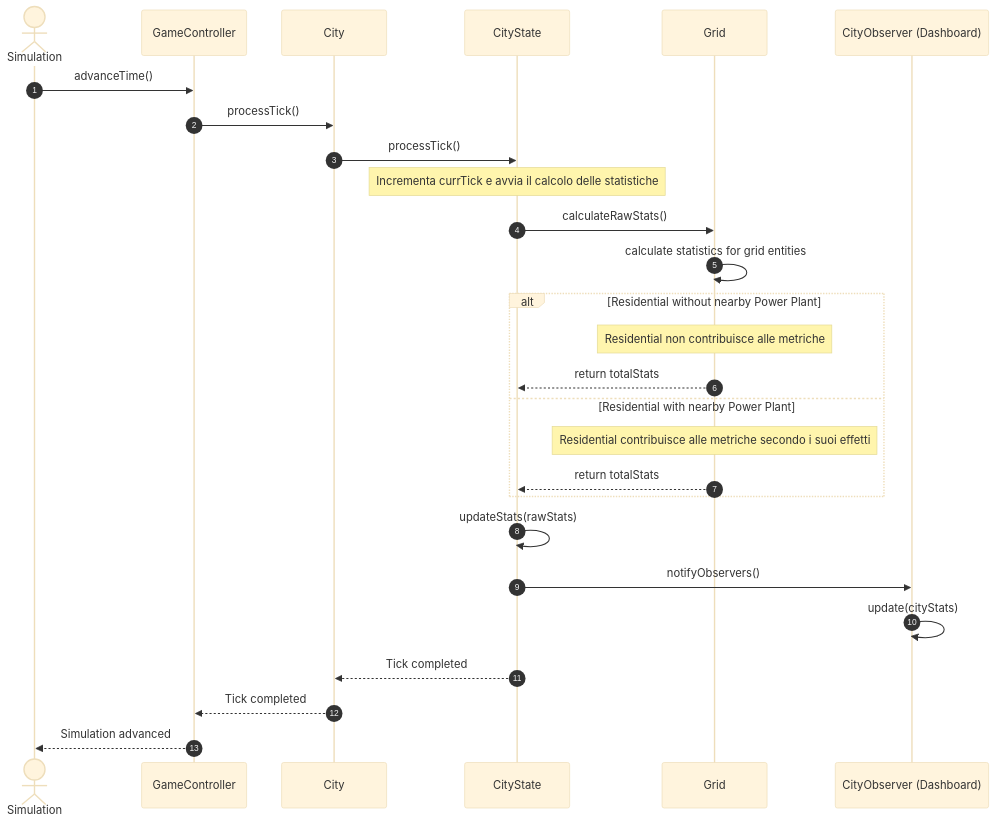
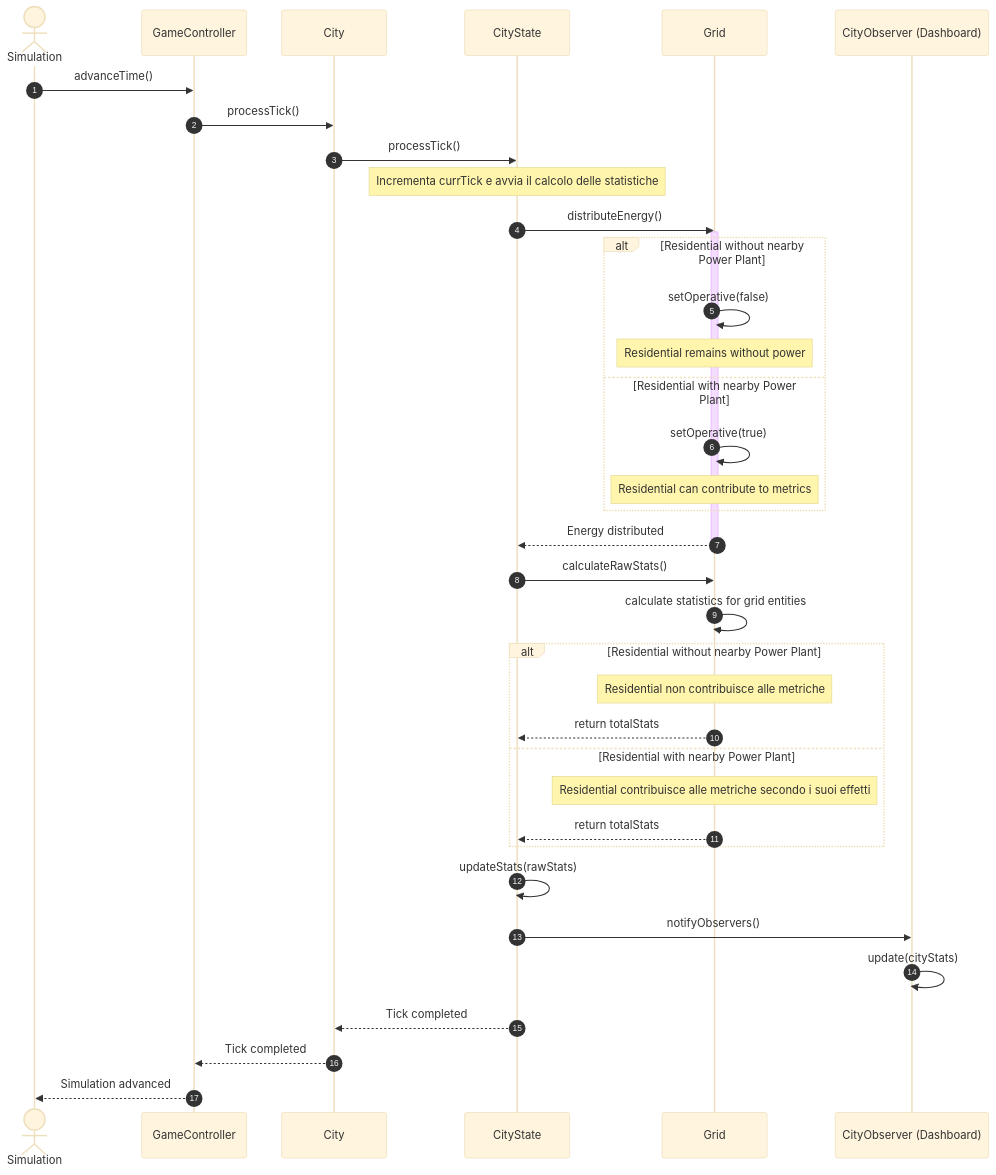
The diagram in docs/INTERNAL-SEQUENCE-DIAGRAM/isd-enforce-simulation-rule.md (andreatoson3-netizen/Amatriciana), drawn with Mermaid (base theme) before and after one commit.

````diff
--- a/docs/INTERNAL-SEQUENCE-DIAGRAM/isd-enforce-simulation-rule.md
+++ b/docs/INTERNAL-SEQUENCE-DIAGRAM/isd-enforce-simulation-rule.md
@@ -2,36 +2,50 @@
 ```mermaid
 sequenceDiagram
     autonumber
     actor System as Simulation
     participant Controller as GameController
     participant CityObj as City
     participant State as CityState
     participant TheGrid as Grid
     participant Observer as CityObserver (Dashboard)
 
     System->>Controller: advanceTime()
     Controller->>CityObj: processTick()
     CityObj->>State: processTick()
 
     Note over State: Incrementa currTick e avvia il calcolo delle statistiche
+
+    State->>TheGrid: distributeEnergy()
+    activate TheGrid
+
+    alt Residential without nearby Power Plant
+        TheGrid->>TheGrid: setOperative(false)
+        Note over TheGrid: Residential remains without power
+    else Residential with nearby Power Plant
+        TheGrid->>TheGrid: setOperative(true)
+        Note over TheGrid: Residential can contribute to metrics
+    end
+
+    TheGrid-->>State: Energy distributed
+    deactivate TheGrid
 
     State->>TheGrid: calculateRawStats()
 
     TheGrid->>TheGrid: calculate statistics for grid entities
 
     alt Residential without nearby Power Plant
         Note over TheGrid: Residential non contribuisce alle metriche
         TheGrid-->>State: return totalStats
     else Residential with nearby Power Plant
         Note over TheGrid: Residential contribuisce alle metriche secondo i suoi effetti
         TheGrid-->>State: return totalStats
     end
 
     State->>State: updateStats(rawStats)
     State->>Observer: notifyObservers()
     Observer->>Observer: update(cityStats)
 
     State-->>CityObj: Tick completed
     CityObj-->>Controller: Tick completed
     Controller-->>System: Simulation advanced
 ```
````
